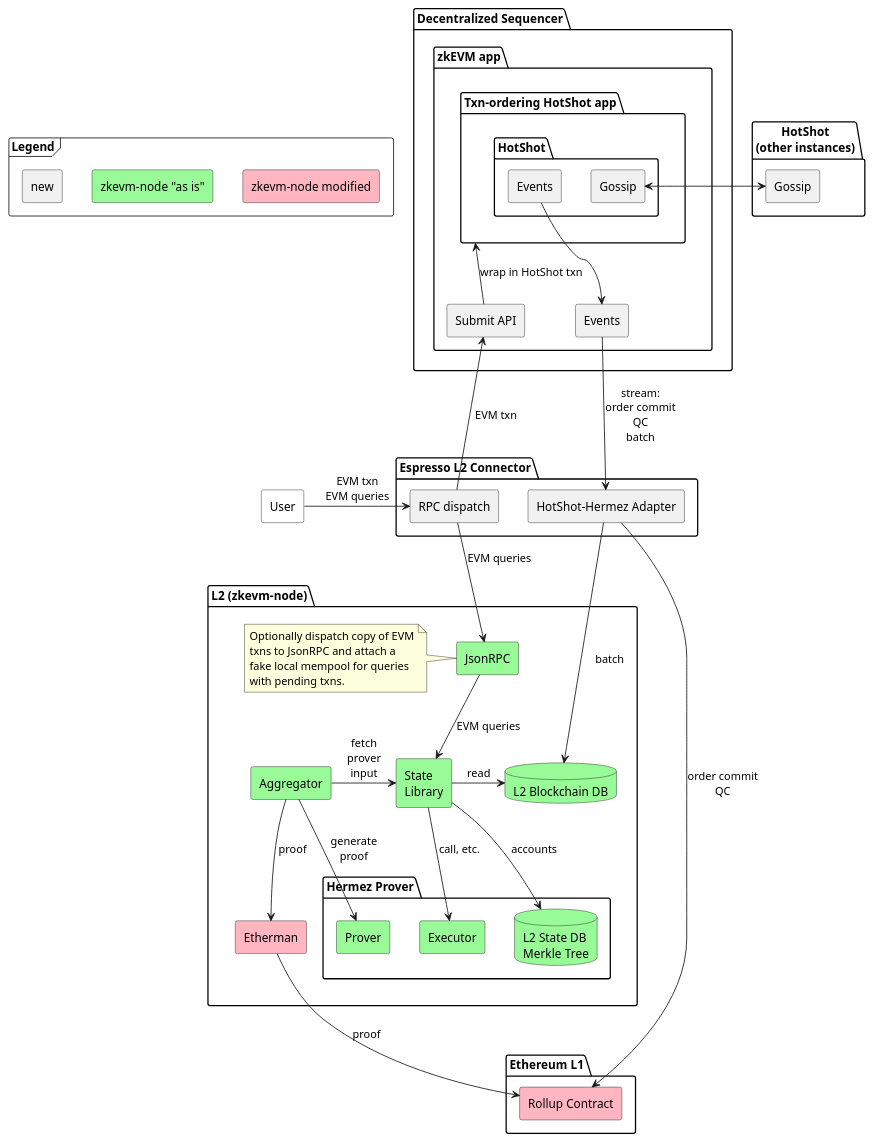
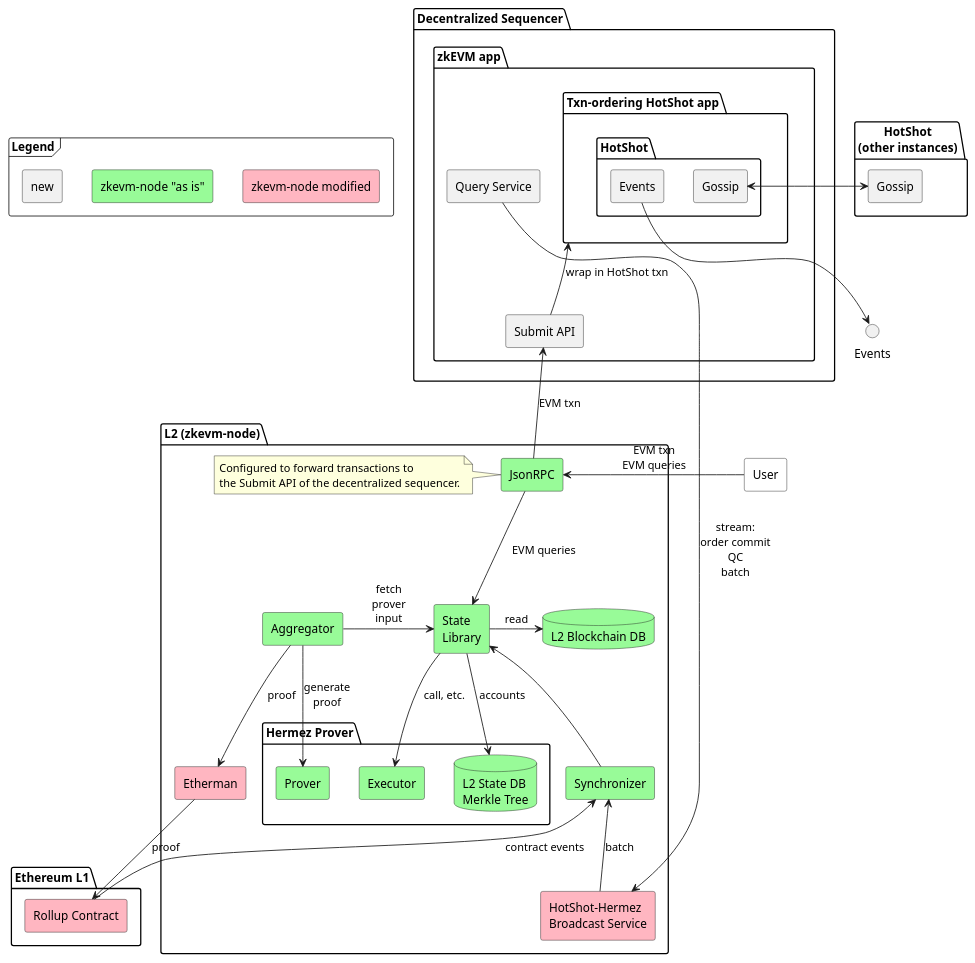
Before and after one commit to EspressoSystems/espresso-sequencer: the diagram in doc/architecture.puml, drawn with PlantUML. The commit also changed 1 other file, not shown here.

Commit message:
Use broadcast service to pull batches into node
- Add Broadcast Service implementation.
- Add "Query Service".
- Remove the HotShot-Hermez adapter.

```diff
--- a/doc/architecture.puml
+++ b/doc/architecture.puml
@@ -1,98 +1,96 @@
 @startuml
 skinparam componentStyle rectangle
 
 frame Legend {
   component "zkevm-node "as is"" as Original #PaleGreen
   component "zkevm-node modified" as Modified #LightPink
   component "new" as New
 }
 
 New -[hidden]r-> Original
 Original -[hidden]r-> Modified
 
 component User #White
 package "HotShot\n(other instances)" as HotShotExternal {
   component "Gossip" as GossipExternal
 }
 
 package "Decentralized Sequencer" {
   package "zkEVM app" as zkApp {
-    component Events
+    component "Query Service" as QueryService
     component "Submit API" as Submit
     package "Txn-ordering HotShot app" as App {
       package HotShot {
         component "Gossip" as GossipInternal
         component "Events" as HotShotEvents
       }
     }
   }
 }
 
 
-package "Espresso L2 Connector" as Connector {
-  component "HotShot-Hermez Adapter" as Adapter
-  component "RPC dispatch" as Dispatch
-}
-
 package "Ethereum L1" as L1 {
   component "Rollup Contract" as Rollup #LightPink
   ' component "Bridge L1" as BridgeL1 #PaleGreen
 }
 
 
 package "L2 (zkevm-node)" as L2 {
   component JsonRPC #PaleGreen
   note left of JsonRPC
-    Optionally dispatch copy of EVM
-    txns to JsonRPC and attach a
-    fake local mempool for queries
-    with pending txns.
+    Configured to forward transactions to
+    the Submit API of the decentralized sequencer.
   end note
   database L2DB #PaleGreen [
     L2 Blockchain DB
   ]
   package "Hermez Prover" as HermezProver {
     component Prover #PaleGreen
     component Executor #PaleGreen
     database Tree #PaleGreen [
       L2 State DB
       Merkle Tree
     ]
   }
   'component "Bridge L2" as BridgeL2 #PaleGreen
   component Etherman #LightPink
   component Aggregator #PaleGreen
   component "State\nLibrary" as State #PaleGreen
+  component "HotShot-Hermez\nBroadcast Service" as Broadcast #LightPink
+  component Synchronizer #PaleGreen
 }
 
-User -> Dispatch: EVM txn\nEVM queries
+User -> JsonRPC: EVM txn\nEVM queries
+'User -[hidden]> Submit
 'positions the User box in a better place
-User -[hidden]> L2
+'User -[hidden]> L2
 
-Dispatch --> JsonRPC: EVM queries
-Dispatch -up-> Submit: EVM txn
+JsonRPC -up-> Submit: EVM txn
 
 GossipInternal <-> GossipExternal
 
-Events --> Adapter: stream:\norder commit\nQC\nbatch
+QueryService --> Broadcast: stream:\norder commit\nQC\nbatch
 
-Adapter -> L2DB: batch
-Adapter -> Rollup: order commit\nQC
+'Adapter -> Rollup: order commit\nQC
 
 JsonRPC --> State: EVM queries
 
 State -> L2DB: read
 State --> Tree: accounts
 State --> Executor: call, etc.
 
 Aggregator -> State: fetch\nprover\ninput
 Aggregator --> Etherman: proof
 Aggregator -> Prover: generate\nproof
 Etherman --> Rollup: proof
+'Synchronizer <-- Rollup: contract events
+Synchronizer <-- Rollup: contract events
+Synchronizer <-- Broadcast: batch
+State <-- Synchronizer
 
 ' Prover ..> BridgeL2
 ' User --> BridgeL1
 Submit -up-> App: wrap in HotShot txn
 HotShotEvents -down-> Events
 
 @enduml
```
